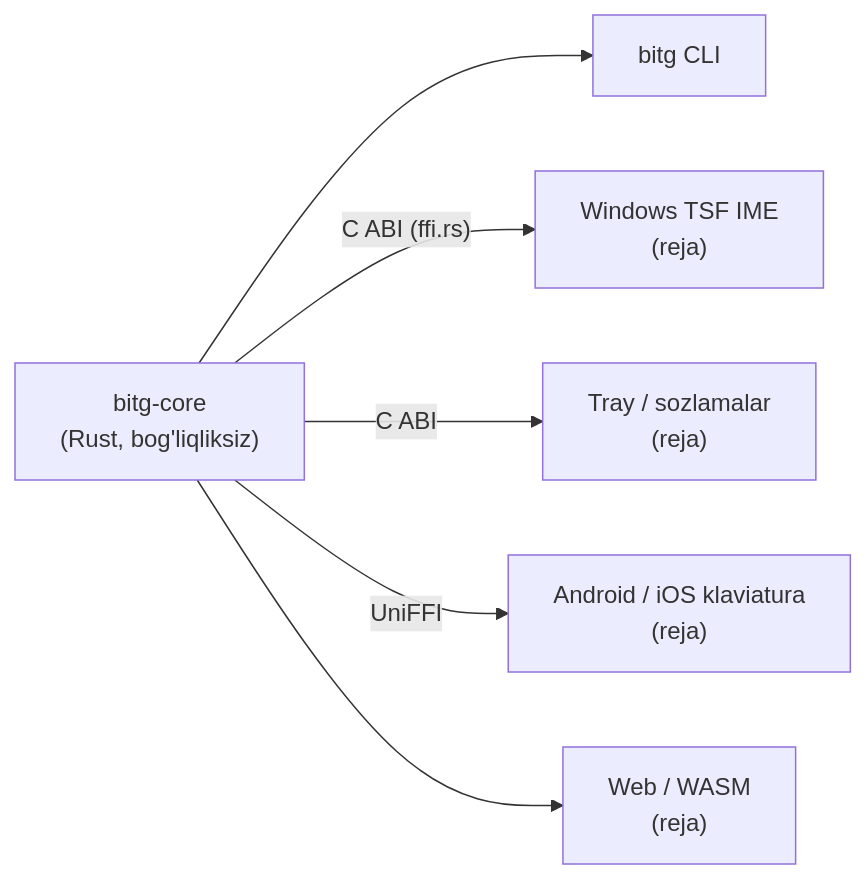
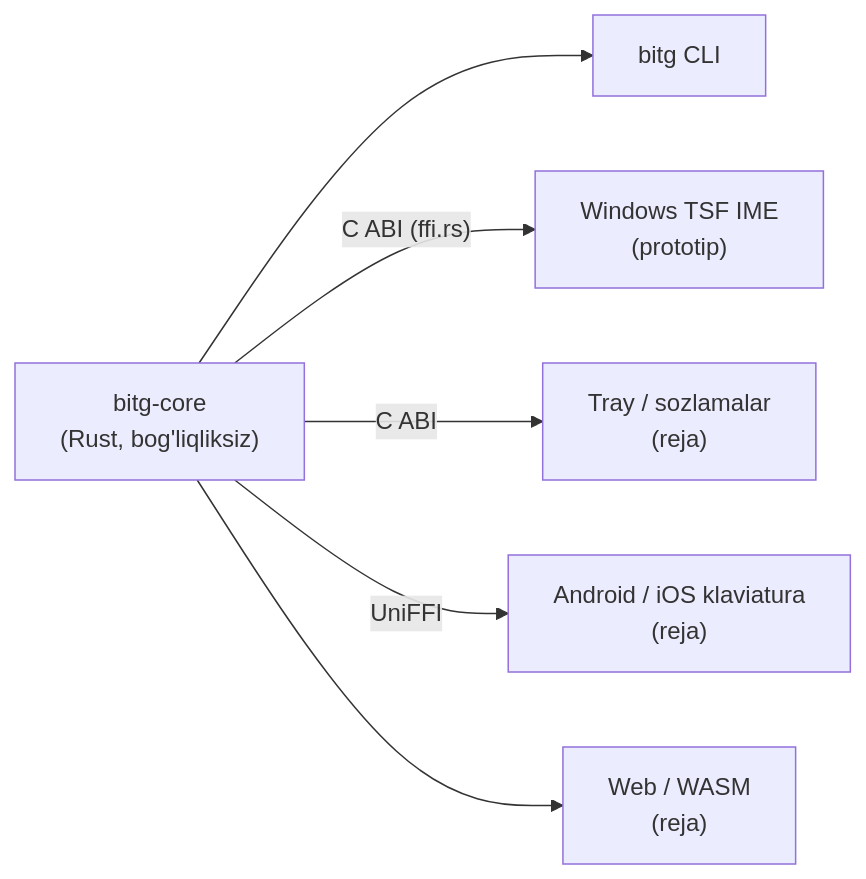
One commit to Abdulazim1771/bitg changed the diagram in README.md. Above: the diagram before and after it, drawn with Mermaid. The commit also changed other lines of this file and 15 other files, not shown here.

First line of the commit message:
bitg-tsf IME prototype, Uzbek eval 99.67%, CI pinned to SHAs

````diff
--- a/README.md
+++ b/README.md
@@ -44,14 +49,14 @@
 ```mermaid
 flowchart LR
   core["bitg-core<br/>(Rust, bog'liqliksiz)"]
   cli["bitg CLI"]
-  tsf["Windows TSF IME<br/>(reja)"]
+  tsf["Windows TSF IME<br/>(prototip)"]
   tray["Tray / sozlamalar<br/>(reja)"]
   mob["Android / iOS klaviatura<br/>(reja)"]
   web["Web / WASM<br/>(reja)"]
   core --> cli
   core -- "C ABI (ffi.rs)" --> tsf
   core -- "C ABI" --> tray
   core -- "UniFFI" --> mob
   core --> web
 ```
````
